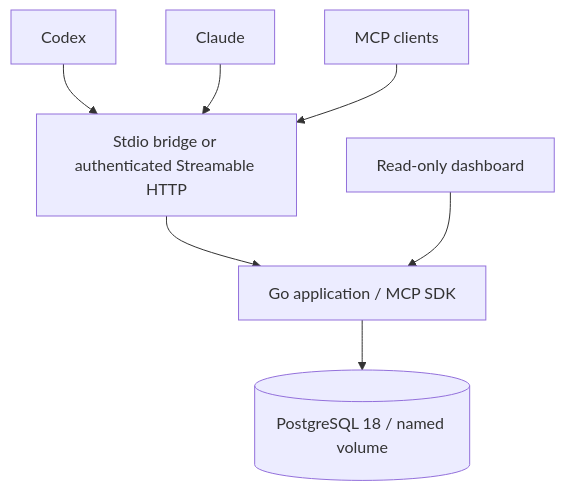
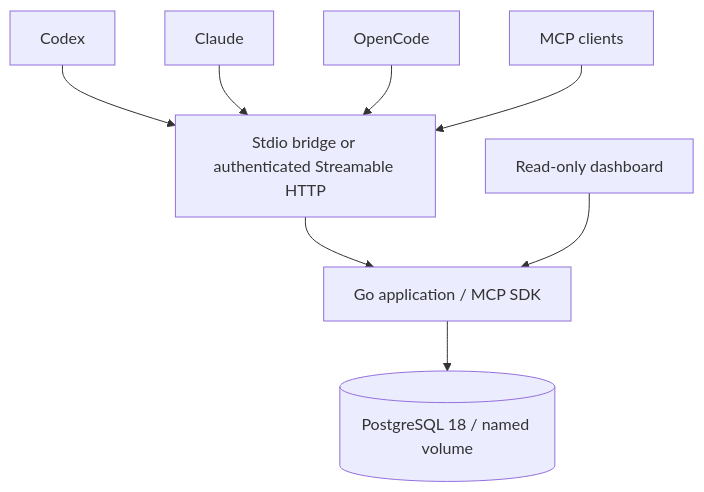
One commit to Lord1Egypt/ThothMemory changed the diagram in docs/ARCHITECTURE.md. Above: the diagram before and after it, drawn with Mermaid. The commit also changed other lines of this file and 49 other files, not shown here.

````diff
--- a/docs/ARCHITECTURE.md
+++ b/docs/ARCHITECTURE.md
@@ -9,9 +9,10 @@
 ```mermaid
 flowchart TD
   Codex --> Bridge[Stdio bridge or authenticated Streamable HTTP]
   Claude --> Bridge
+  OpenCode --> Bridge
   Other[MCP clients] --> Bridge
   Bridge --> Go[Go application / MCP SDK]
   Browser[Read-only dashboard] --> Go
   Go --> PG[(PostgreSQL 18 / named volume)]
 ```
````
